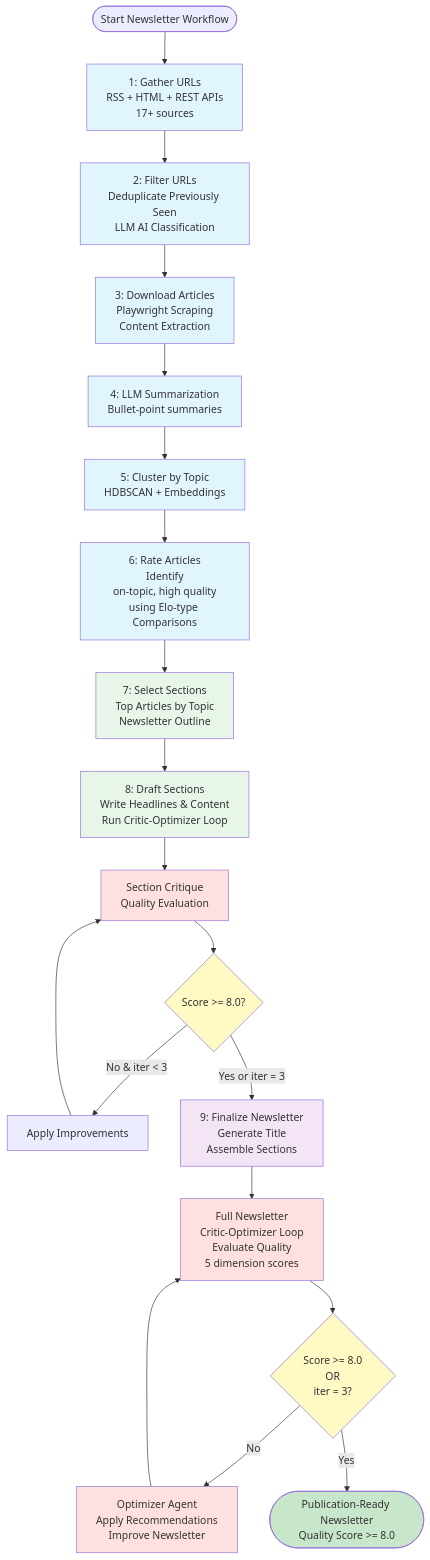
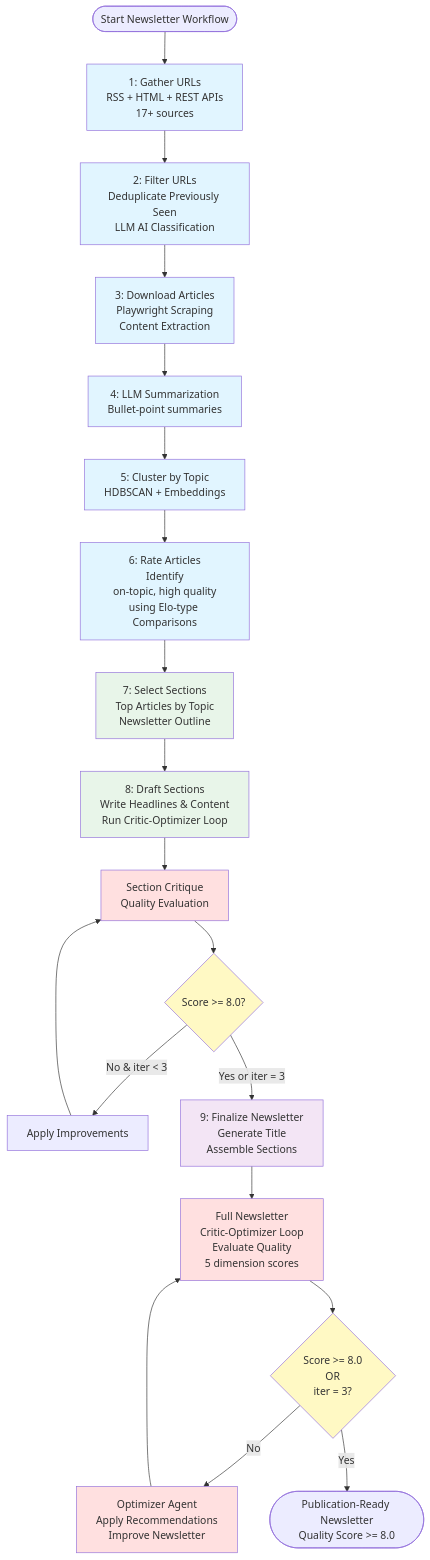
Before and after one commit to druce/OpenAIAgentsSDK: the diagram in README.md, drawn with Mermaid.

````diff
--- a/README.md
+++ b/README.md
@@ -9,49 +9,48 @@
 ```mermaid
   flowchart TD
       Start([Start Newsletter Workflow]) --> Step1[1: Gather URLs<br/>RSS + HTML + REST APIs<br/>17+ sources]
 
       Step1 --> Step2[2: Filter URLs<br/>Deduplicate Previously Seen<br/>LLM AI Classification<br/>]
 
       Step2 --> Step3[3: Download Articles<br/>Playwright Scraping<br/>Content Extraction]
 
       Step3 --> Step4[4: LLM Summarization<br/>Bullet-point summaries]
 
       Step4 --> Step5[5: Cluster by Topic<br/>HDBSCAN + Embeddings]
 
       Step5 --> Step6[6: Rate Articles<br/>Identify<br/>on-topic, high quality<br/>using Elo-type Comparisons]
 
       Step6 --> Step7[7: Select Sections<br/>Top Articles by Topic<br/>Newsletter Outline]
 
       Step7 --> Step8[8: Draft Sections<br/>Write Headlines & Content<br/>Run Critic-Optimizer Loop]
 
       Step8 --> Critique8[Section Critique<br/>Quality Evaluation]
       Critique8 --> Check8{Score >= 8.0?}
       Check8 -->|No & iter < 3| Improve8[Apply Improvements]
       Improve8 --> Critique8
       Check8 -->|Yes or iter = 3| Step9[9: Finalize Newsletter<br/>Generate Title<br/>Assemble Sections]
 
       Step9 --> Critique9[Full Newsletter<br/>Critic-Optimizer Loop<br/>Evaluate Quality<br/>5 dimension scores]
 
       Critique9 --> Check9{Score >= 8.0<br/>OR<br/>iter = 3?}
 
       Check9 -->|No| Optimizer[Optimizer Agent<br/>Apply Recommendations<br/>Improve Newsletter]
       Optimizer --> Critique9
 
       Check9 -->|Yes| Final([Publication-Ready Newsletter<br/>Quality Score >= 8.0])
 
       style Step1 fill:#e1f5ff
       style Step2 fill:#e1f5ff
       style Step3 fill:#e1f5ff
       style Step4 fill:#e1f5ff
       style Step5 fill:#e1f5ff
       style Step6 fill:#e1f5ff
       style Step7 fill:#e8f5e9
       style Step8 fill:#e8f5e9
       style Step9 fill:#f3e5f5
       style Critique8 fill:#ffe0e0
       style Critique9 fill:#ffe0e0
       style Optimizer fill:#ffe0e0
       style Check8 fill:#fff9c4
       style Check9 fill:#fff9c4
-      style Final fill:#c8e6c9
   ```
````
